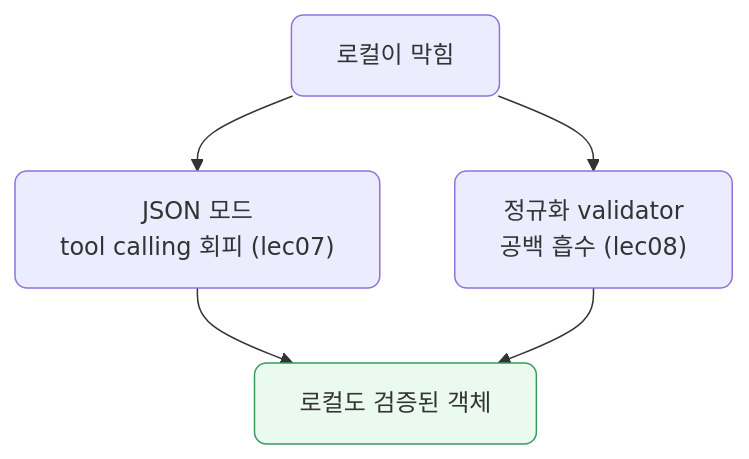
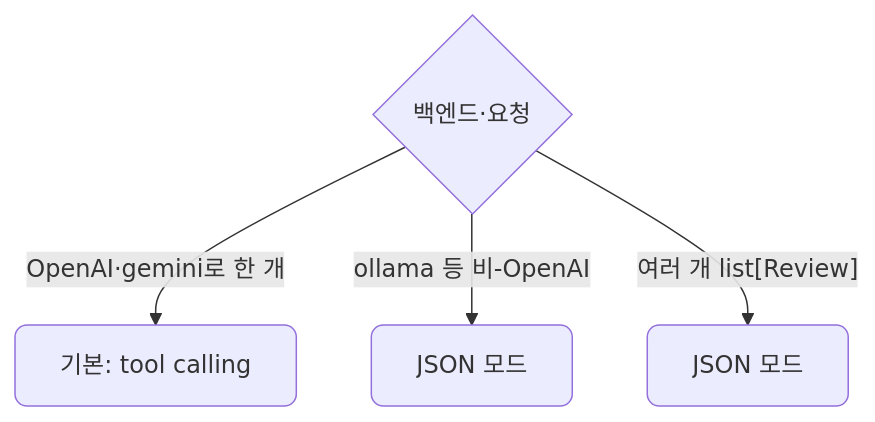
One commit to CodeCompose7/ai_service_engineering changed the fourth of 4 diagrams in docs/section1/lec09/README.md. Above: the diagram before and after it, drawn with Mermaid. The commit also changed other lines of this file and 1 other file, not shown here.

First line of the commit message:
lec09: lec07·lec08 겹침을 줄이고 list[Review] 다중 추출을 추가

````diff
--- a/docs/section1/lec09/README.md
+++ b/docs/section1/lec09/README.md
@@ -119,10 +131,7 @@
 ```mermaid
-flowchart TB
-  L["로컬이 막힘"] --> F1["JSON 모드<br/>tool calling 회피 (lec07)"]
-  L --> F2["정규화 validator<br/>공백 흡수 (lec08)"]
-  F1 --> OK["로컬도 검증된 객체"]
-  F2 --> OK
+flowchart TD
+  Q{"백엔드·요청"} -->|"OpenAI·gemini로 한 개"| T["기본: tool calling"]
+  Q -->|"ollama 등 비-OpenAI"| J1["JSON 모드"]
+  Q -->|"여러 개 list[Review]"| J2["JSON 모드"]
   classDef default rx:8,ry:8;
-  classDef ok fill:#eafaef,stroke:#3a9a5c;
-  class OK ok;
 ```
````
